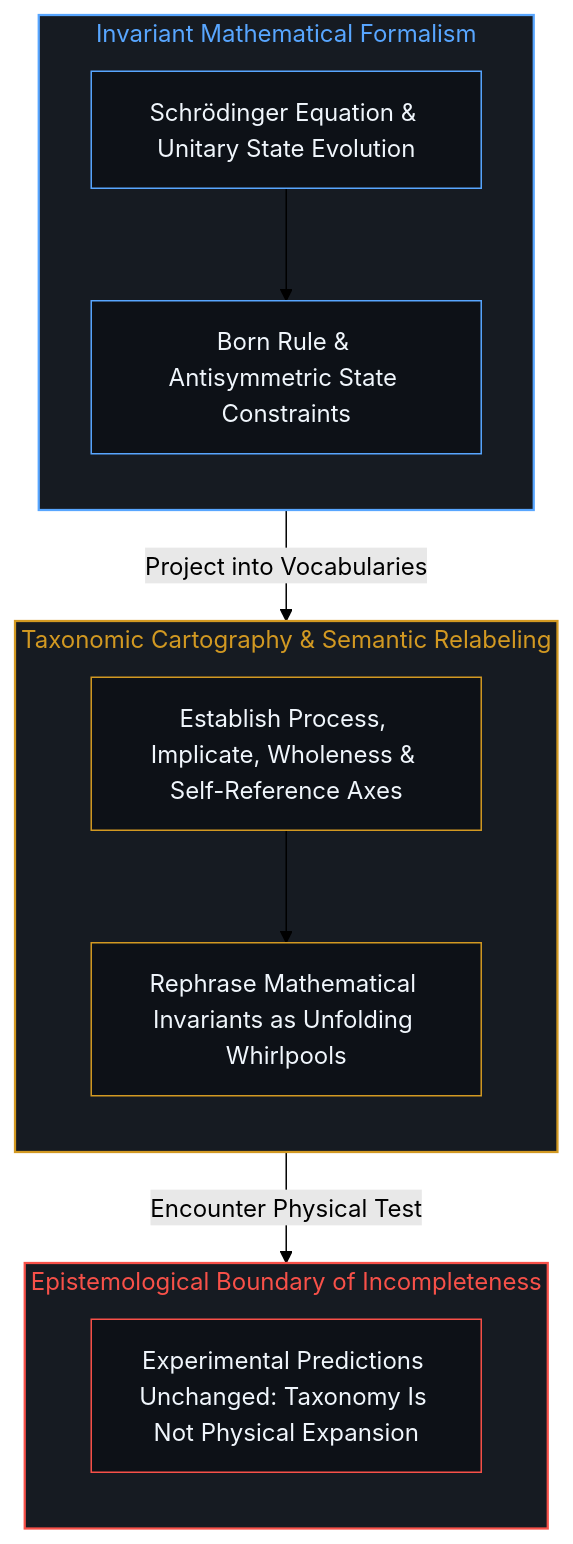
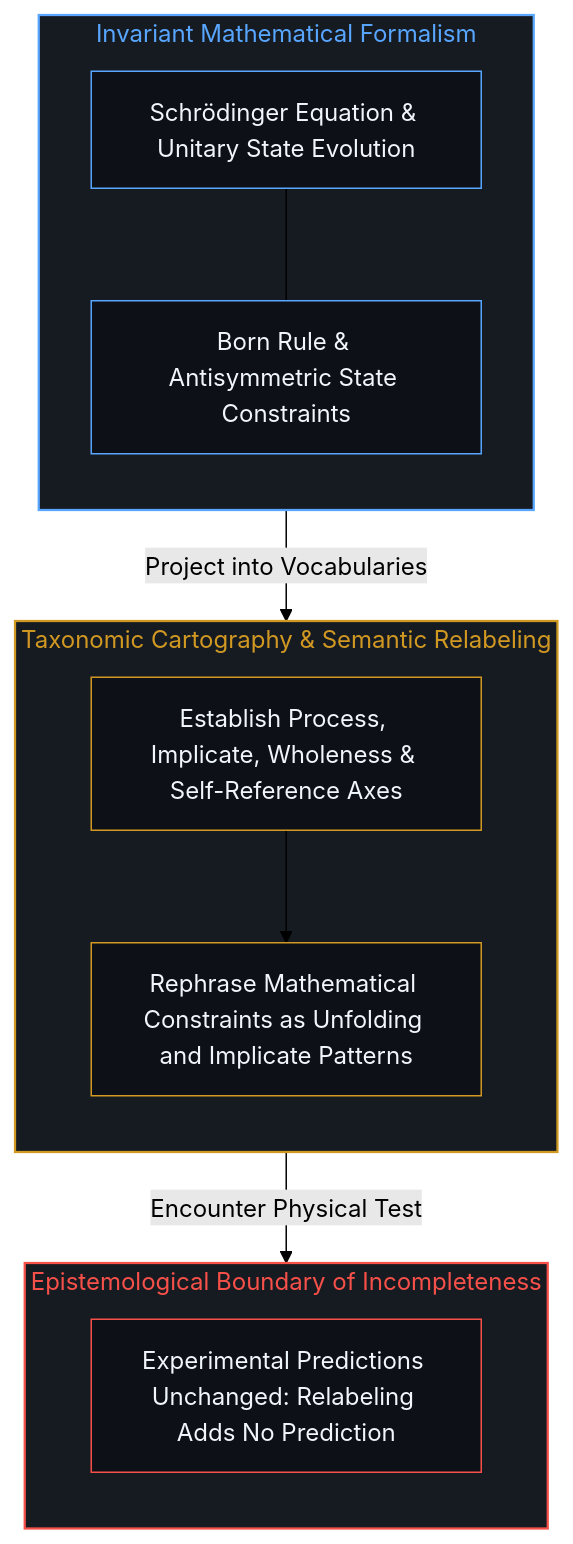
The second of 6 diagrams in content/posts/the-cut-moves-but-never-vanishes.md (powerpig99/not-a-toe), drawn with Mermaid (forest theme) before and after one commit. The commit also changed other lines of this file and 1 other file, not shown here.

````diff
--- a/content/posts/the-cut-moves-but-never-vanishes.md
+++ b/content/posts/the-cut-moves-but-never-vanishes.md
@@ -57,33 +57,33 @@
 ```mermaid
 flowchart TD
     subgraph S_Math["Invariant Mathematical Formalism"]
         direction TB
         M_Schrodinger["Schrödinger Equation & Unitary State Evolution"]
         M_Born["Born Rule & Antisymmetric State Constraints"]
-        M_Schrodinger --> M_Born
+        M_Schrodinger --- M_Born
     end
 
     subgraph S_Taxonomy["Taxonomic Cartography & Semantic Relabeling"]
         direction TB
         T_Axes["Establish Process, Implicate, Wholeness & Self-Reference Axes"]
-        T_Labels["Rephrase Mathematical Invariants as Unfolding Whirlpools"]
+        T_Labels["Rephrase Mathematical Constraints as Unfolding and Implicate Patterns"]
         T_Axes --> T_Labels
     end
 
     subgraph S_Boundary["Epistemological Boundary of Incompleteness"]
         direction TB
-        B_Limit["Experimental Predictions Unchanged: Taxonomy Is Not Physical Expansion"]
+        B_Limit["Experimental Predictions Unchanged: Relabeling Adds No Prediction"]
     end
 
     M_Born -->|"Project into Vocabularies"| T_Axes
     T_Labels -->|"Encounter Physical Test"| B_Limit
 
     style S_Math fill:#161b22,stroke:#58a6ff,stroke-width:1.5px,color:#58a6ff
     style S_Taxonomy fill:#161b22,stroke:#d29922,stroke-width:1.5px,color:#d29922
     style S_Boundary fill:#161b22,stroke:#f85149,stroke-width:1.5px,color:#f85149
     style M_Schrodinger fill:#0d1117,stroke:#58a6ff,stroke-width:1px,color:#f0f6fc
     style M_Born fill:#0d1117,stroke:#58a6ff,stroke-width:1px,color:#f0f6fc
     style T_Axes fill:#0d1117,stroke:#d29922,stroke-width:1px,color:#f0f6fc
     style T_Labels fill:#0d1117,stroke:#d29922,stroke-width:1px,color:#f0f6fc
     style B_Limit fill:#0d1117,stroke:#f85149,stroke-width:1px,color:#f0f6fc
 ```
````
